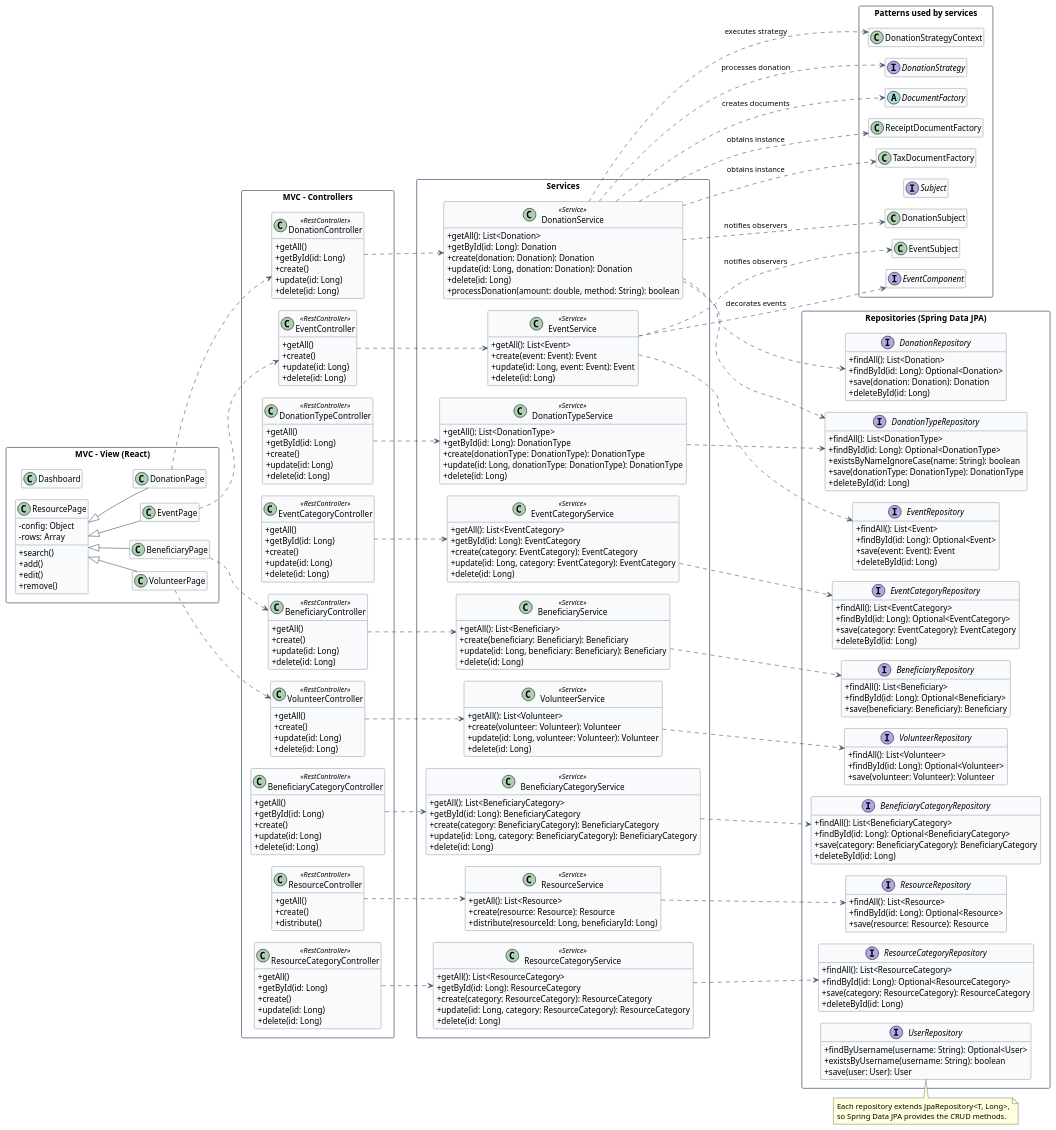
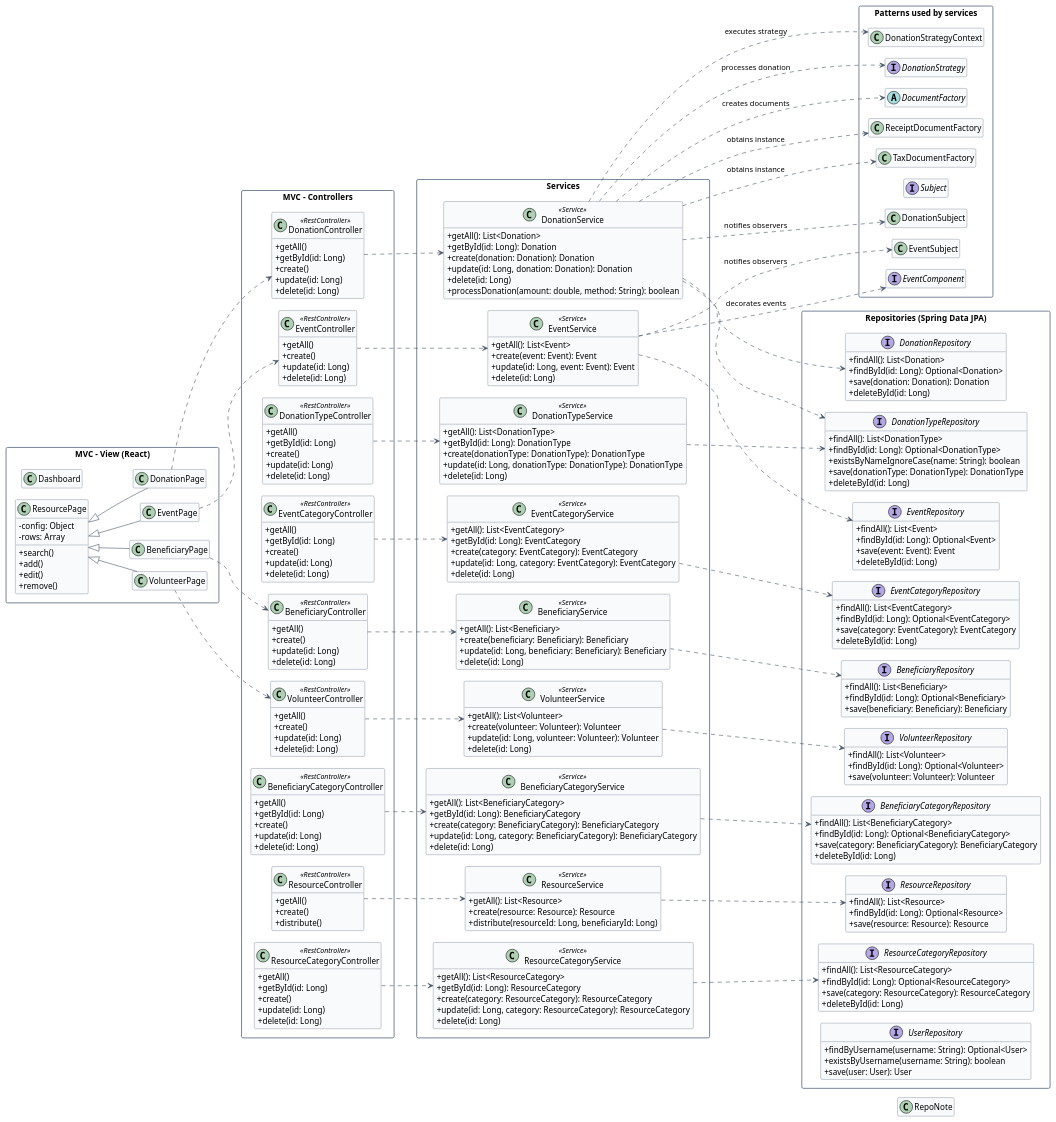
One commit to okhadragy/nonprofit-donatelo-project changed the third of 3 diagrams in new_uml.puml. Above: the diagram before and after it, drawn with PlantUML. The commit also changed other lines of this file, not shown here.

Commit message:
uml edit

```diff
--- a/new_uml.puml
+++ b/new_uml.puml
@@ -577,10 +572,7 @@
   }
 }
 
-note as RepoNote
-  Each repository extends JpaRepository<T, Long>,
-  so Spring Data JPA provides the CRUD methods.
-end note
+
 
 ' ---------- PATTERN COLLABORATORS (collapsed, see diagram 2) ----------
 package "Patterns used by services" as PatternStubs {
```
